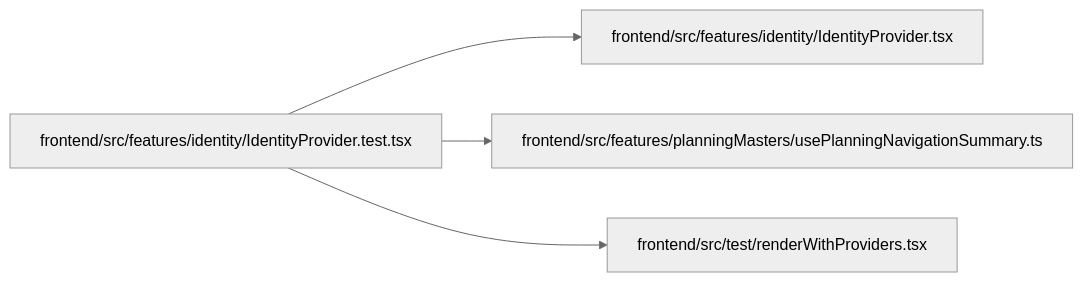
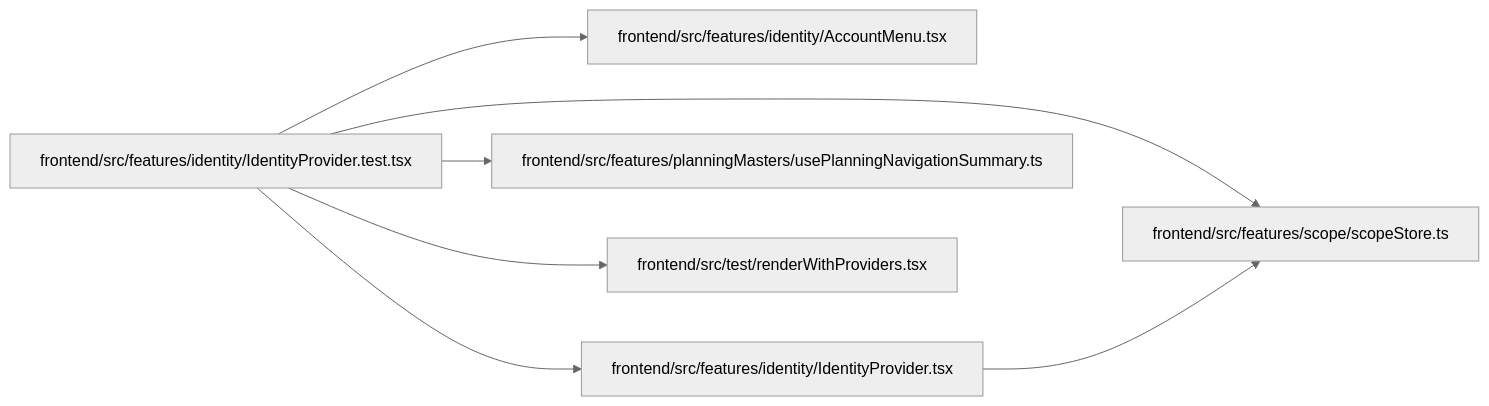
Before and after one commit to Denissvgn/WorkChord: the diagram in docs/llm_wiki/modules/IdentityProvider.test.md, drawn with Mermaid (neutral theme). The commit also changed other lines of this file and 2373 other files, not shown here.

````diff
--- a/docs/llm_wiki/modules/IdentityProvider.test.md
+++ b/docs/llm_wiki/modules/IdentityProvider.test.md
@@ -32,14 +34,21 @@
 ```mermaid
 flowchart LR
-    n0["frontend/src/features/identity/IdentityProvider.test.tsx"]
-    n1["frontend/src/features/identity/IdentityProvider.tsx"]
-    n2["frontend/src/features/planningMasters/usePlanningNavigationSummary.ts"]
-    n3["frontend/src/test/renderWithProviders.tsx"]
-    n0 --> n1
-    n0 --> n2
-    n0 --> n3
-    click n0 "../modules/IdentityProvider.test.md"
-    click n1 "../modules/IdentityProvider.md"
-    click n2 "../modules/usePlanningNavigationSummary.md"
-    click n3 "../modules/renderWithProviders.md"
+    n0["frontend/src/features/identity/AccountMenu.tsx"]
+    n1["frontend/src/features/identity/IdentityProvider.test.tsx"]
+    n2["frontend/src/features/identity/IdentityProvider.tsx"]
+    n3["frontend/src/features/planningMasters/usePlanningNavigationSummary.ts"]
+    n4["frontend/src/features/scope/scopeStore.ts"]
+    n5["frontend/src/test/renderWithProviders.tsx"]
+    n1 --> n0
+    n1 --> n2
+    n1 --> n3
+    n1 --> n4
+    n1 --> n5
+    n2 --> n4
+    click n0 "../modules/AccountMenu.md"
+    click n1 "../modules/IdentityProvider.test.md"
+    click n2 "../modules/IdentityProvider.md"
+    click n3 "../modules/usePlanningNavigationSummary.md"
+    click n4 "../modules/scopeStore.md"
+    click n5 "../modules/renderWithProviders.md"
 ```
````
